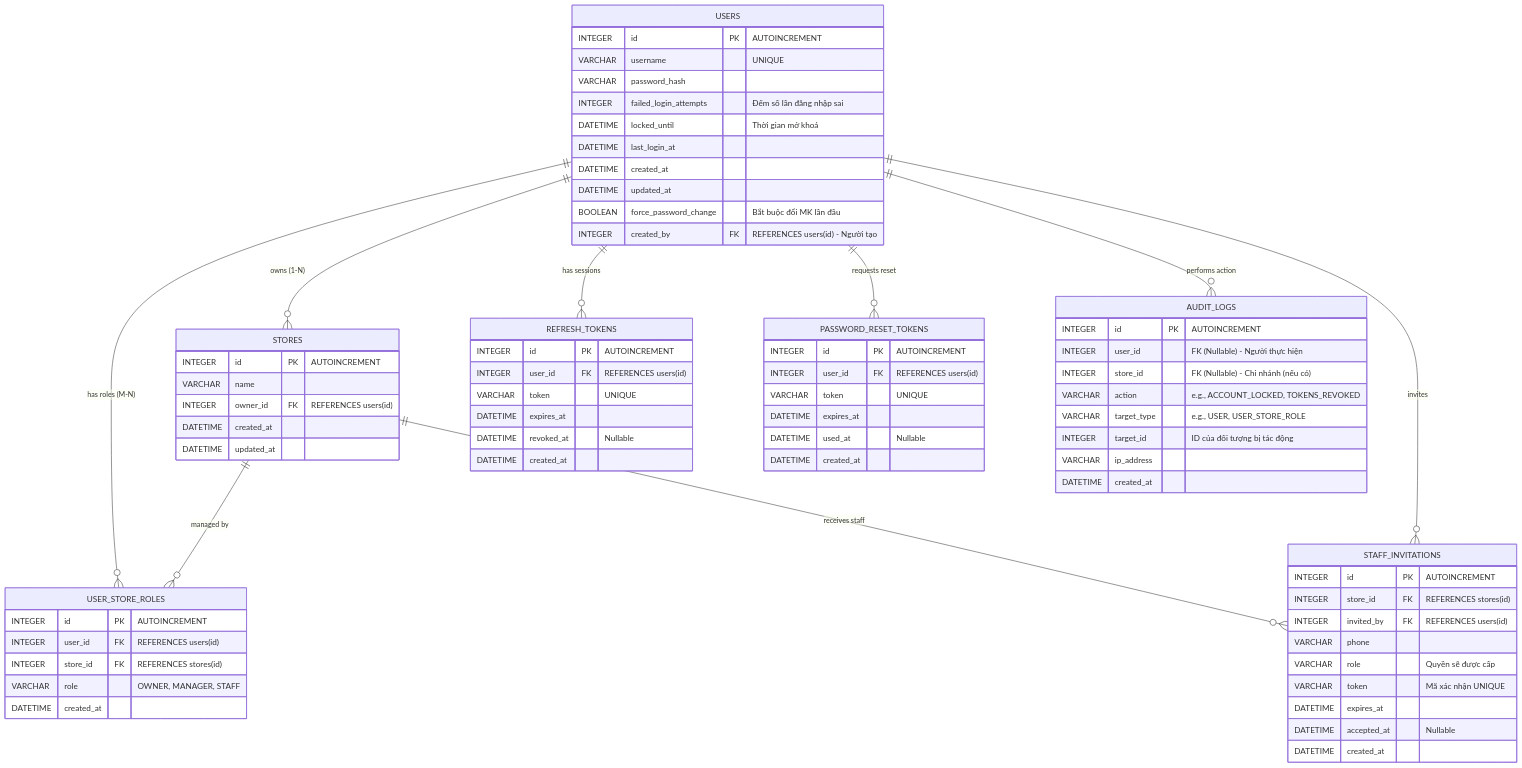
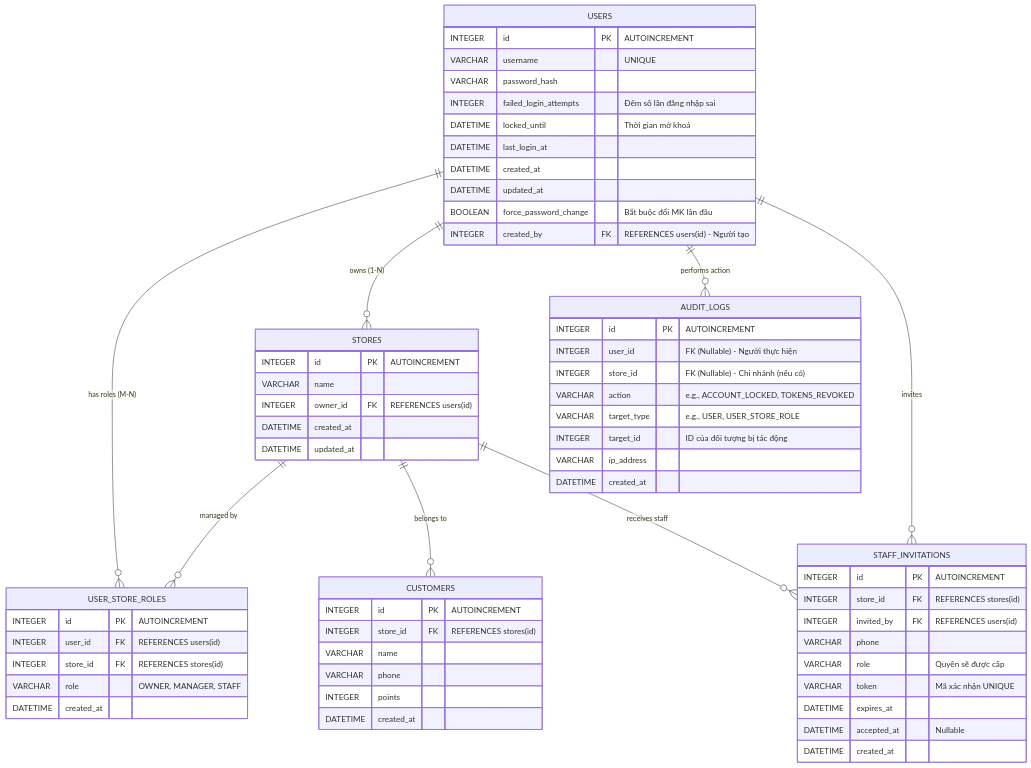
Before and after one commit to bangdinh/cueos-backend: the diagram in refactor_auth_schema_design.md, drawn with Mermaid. The commit also changed other lines of this file and 48 other files, not shown here.

Commit message:
[AUTH-101] feat(auth): integrate keycloak rbac matrix, clean dead schema and isolate customer service

````diff
--- a/refactor_auth_schema_design.md
+++ b/refactor_auth_schema_design.md
@@ -17,82 +17,72 @@
 ```mermaid
 erDiagram
     USERS {
         INTEGER id PK "AUTOINCREMENT"
         VARCHAR username "UNIQUE"
         VARCHAR password_hash 
         INTEGER failed_login_attempts "Đếm số lần đăng nhập sai"
         DATETIME locked_until "Thời gian mở khoá"
         DATETIME last_login_at 
         DATETIME created_at 
         DATETIME updated_at 
         BOOLEAN force_password_change "Bắt buộc đổi MK lần đầu"
         INTEGER created_by FK "REFERENCES users(id) - Người tạo"
     }
 
     STORES {
         INTEGER id PK "AUTOINCREMENT"
         VARCHAR name 
         INTEGER owner_id FK "REFERENCES users(id)"
         DATETIME created_at 
         DATETIME updated_at 
     }
 
     USER_STORE_ROLES {
         INTEGER id PK "AUTOINCREMENT"
         INTEGER user_id FK "REFERENCES users(id)"
         INTEGER store_id FK "REFERENCES stores(id)"
         VARCHAR role "OWNER, MANAGER, STAFF"
         DATETIME created_at 
     }
 
-    REFRESH_TOKENS {
+    CUSTOMERS {
         INTEGER id PK "AUTOINCREMENT"
-        INTEGER user_id FK "REFERENCES users(id)"
-        VARCHAR token "UNIQUE"
-        DATETIME expires_at 
-        DATETIME revoked_at "Nullable"
-        DATETIME created_at 
-    }
-
-    PASSWORD_RESET_TOKENS {
-        INTEGER id PK "AUTOINCREMENT"
-        INTEGER user_id FK "REFERENCES users(id)"
-        VARCHAR token "UNIQUE"
-        DATETIME expires_at 
-        DATETIME used_at "Nullable"
+        INTEGER store_id FK "REFERENCES stores(id)"
+        VARCHAR name 
+        VARCHAR phone 
+        INTEGER points 
         DATETIME created_at 
     }
 
     AUDIT_LOGS {
         INTEGER id PK "AUTOINCREMENT"
         INTEGER user_id "FK (Nullable) - Người thực hiện"
         INTEGER store_id "FK (Nullable) - Chi nhánh (nếu có)"
         VARCHAR action "e.g., ACCOUNT_LOCKED, TOKENS_REVOKED"
         VARCHAR target_type "e.g., USER, USER_STORE_ROLE"
         INTEGER target_id "ID của đối tượng bị tác động"
         VARCHAR ip_address 
         DATETIME created_at 
     }
 
     STAFF_INVITATIONS {
         INTEGER id PK "AUTOINCREMENT"
         INTEGER store_id FK "REFERENCES stores(id)"
         INTEGER invited_by FK "REFERENCES users(id)"
         VARCHAR phone 
         VARCHAR role "Quyền sẽ được cấp"
         VARCHAR token "Mã xác nhận UNIQUE"
         DATETIME expires_at 
         DATETIME accepted_at "Nullable"
         DATETIME created_at 
     }
 
     %% Relationships
     USERS ||--o{ USER_STORE_ROLES : "has roles (M-N)"
     STORES ||--o{ USER_STORE_ROLES : "managed by"
     USERS ||--o{ STORES : "owns (1-N)"
-    USERS ||--o{ REFRESH_TOKENS : "has sessions"
-    USERS ||--o{ PASSWORD_RESET_TOKENS : "requests reset"
+    STORES ||--o{ CUSTOMERS : "belongs to"
     USERS ||--o{ AUDIT_LOGS : "performs action"
     USERS ||--o{ STAFF_INVITATIONS : "invites"
     STORES ||--o{ STAFF_INVITATIONS : "receives staff"
 ```
````
